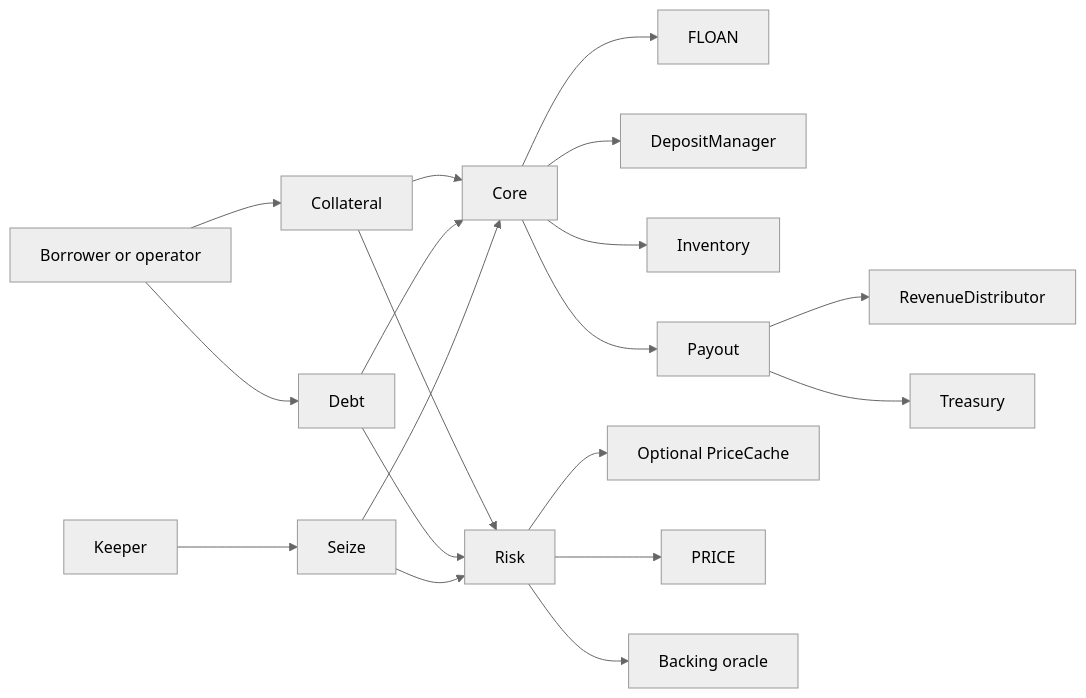
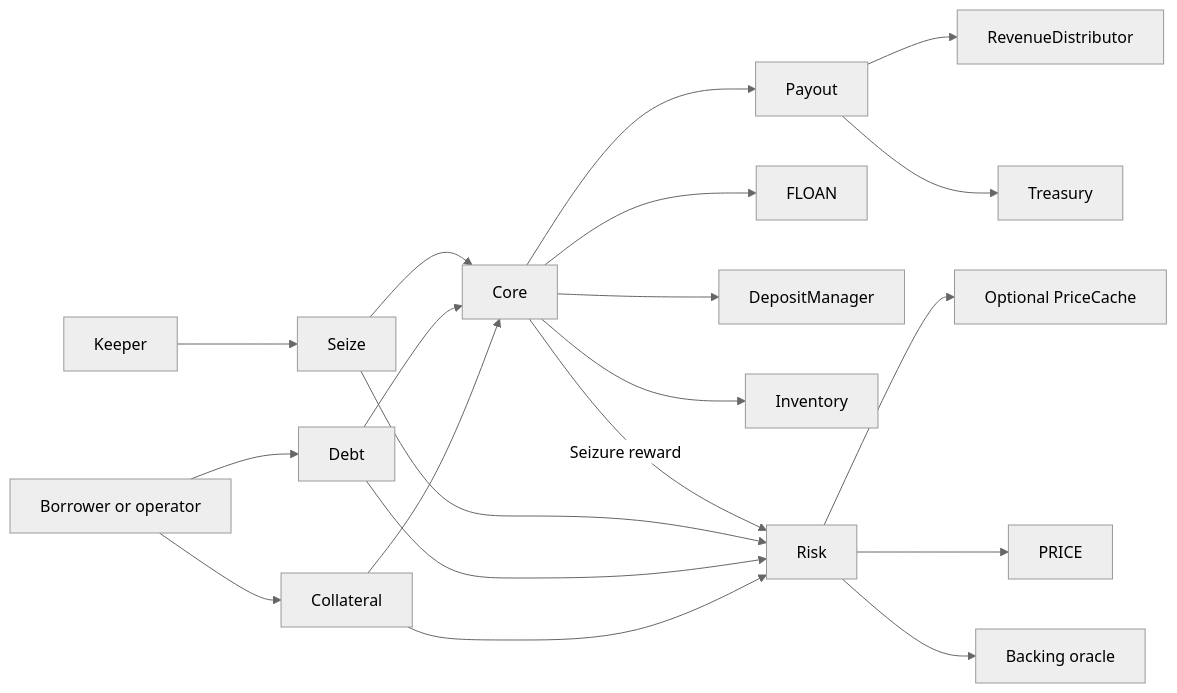
Before and after one commit to OlympusDAO/olympus-v3: the diagram in documentation/burner_loans.md, drawn with Mermaid (neutral theme). The commit also changed other lines of this file and 194 other files, not shown here.

````diff
--- a/documentation/burner_loans.md
+++ b/documentation/burner_loans.md
@@ -15,21 +15,22 @@
 ```mermaid
 flowchart LR
     USER[Borrower or operator] --> COL[Collateral]
     USER --> DEBT[Debt]
     KEEPER[Keeper] --> SEIZE[Seize]
     COL --> CORE[Core]
     DEBT --> CORE
     SEIZE --> CORE
     COL --> RISK[Risk]
     DEBT --> RISK
     SEIZE --> RISK
     CORE --> FLOAN[FLOAN]
     CORE --> DM[DepositManager]
     CORE --> INV[Inventory]
     CORE --> PAYOUT[Payout]
+    CORE -->|Seizure reward| RISK
     RISK --> CACHE[Optional PriceCache]
     RISK --> PRICE[PRICE]
     RISK --> BACKING[Backing oracle]
     PAYOUT --> RD[RevenueDistributor]
     PAYOUT --> TRSRY[Treasury]
 ```
````
